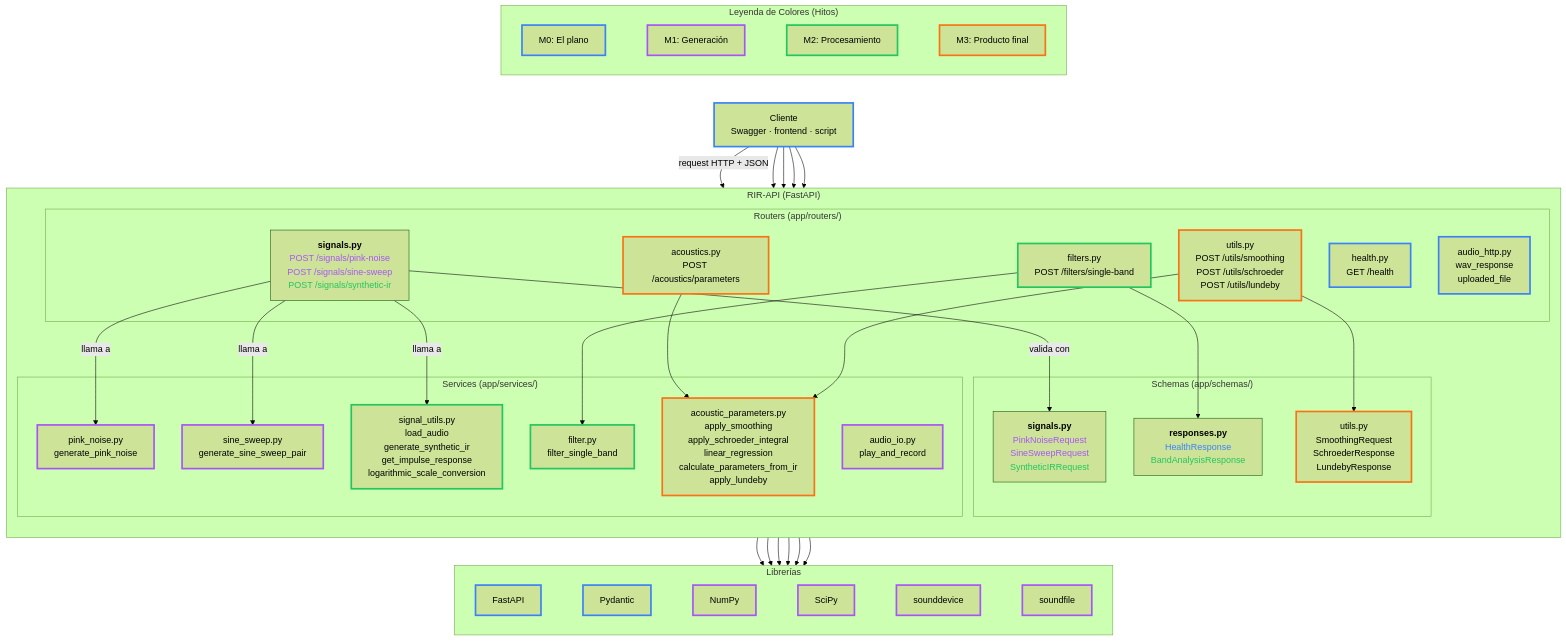
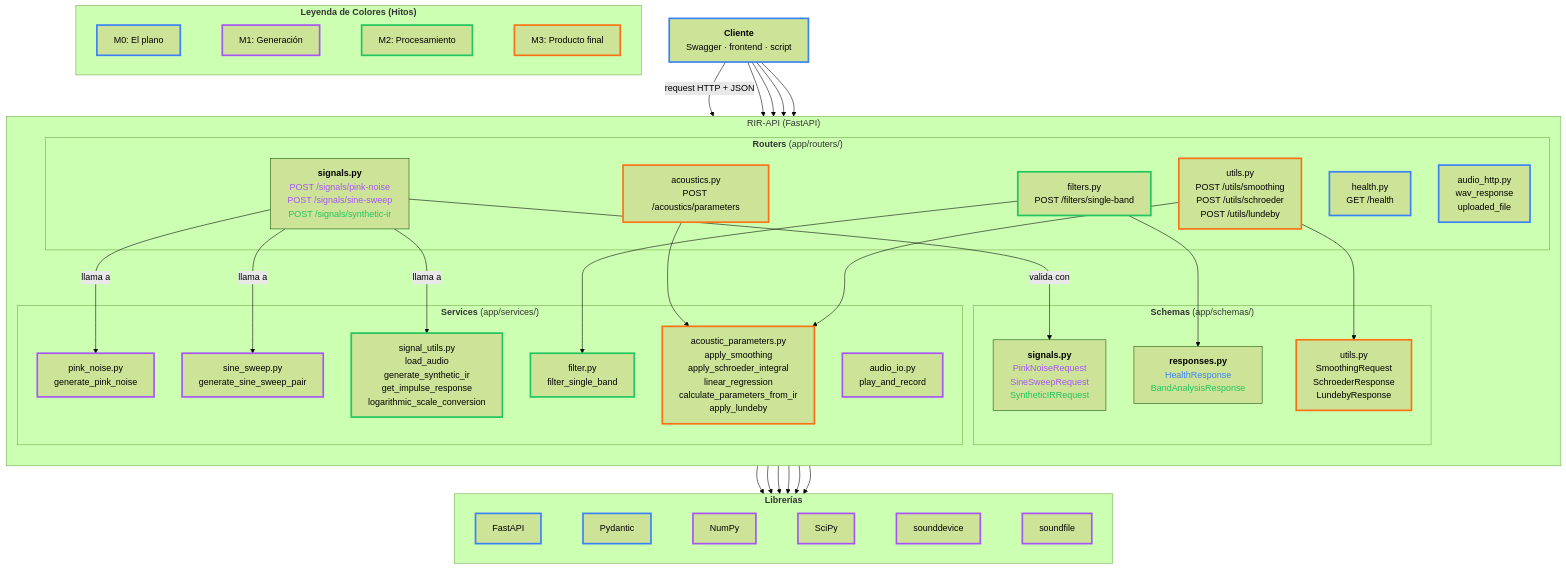
The diagram in README.md (kowa2003/SyS-Trabajo-Practico-API-GRUPO-2), drawn with Mermaid (forest theme) before and after one commit.

Commit message:
Diagrama Arquitectura final

````diff
--- a/README.md
+++ b/README.md
@@ -135,75 +135,75 @@
 ```mermaid
 flowchart TB
     %% Definición de colores principales
     classDef m0 stroke:#3b82f6,stroke-width:3px
     classDef m1 stroke:#a855f7,stroke-width:3px
     classDef m2 stroke:#22c55e,stroke-width:3px
     classDef m3 stroke:#f97316,stroke-width:3px
     
-    subgraph Leyenda["Leyenda de Colores (Hitos)"]
+    subgraph Leyenda["<b>Leyenda de Colores (Hitos)</b>"]
+        direction LR
         Leg0["M0: El plano"]:::m0 ~~~ Leg1["M1: Generación"]:::m1 ~~~ Leg2["M2: Procesamiento"]:::m2 ~~~ Leg3["M3: Producto final"]:::m3
     end
 
-    Leyenda ~~~ C
-
-    C["Cliente<br/>Swagger · frontend · script"]:::m0
+    C["<b>Cliente</b><br/>Swagger · frontend · script"]:::m0
     
     subgraph API["RIR-API (FastAPI)"]
         direction TB
         
-        subgraph R["Routers (app/routers/)"]
+        subgraph R["<b>Routers</b> (app/routers/)"]
             RH["health.py<br/>GET /health"]:::m0
             RAudio["audio_http.py<br/>wav_response<br/>uploaded_file"]:::m0
             RSignals["<b>signals.py</b><br/><span style='color:#a855f7'>POST /signals/pink-noise</span><br/><span style='color:#a855f7'>POST /signals/sine-sweep</span><br/><span style='color:#22c55e'>POST /signals/synthetic-ir</span>"]
             RFilters["filters.py<br/>POST /filters/single-band"]:::m2
             RUtils["utils.py<br/>POST /utils/smoothing<br/>POST /utils/schroeder<br/>POST /utils/lundeby"]:::m3
             RAcoustics["acoustics.py<br/>POST /acoustics/parameters"]:::m3
         end
         
-        subgraph SC["Schemas (app/schemas/)"]
+        subgraph SC["<b>Schemas</b> (app/schemas/)"]
             SResponses["<b>responses.py</b><br/><span style='color:#3b82f6'>HealthResponse</span><br/><span style='color:#22c55e'>BandAnalysisResponse</span>"]
             SSignals["<b>signals.py</b><br/><span style='color:#a855f7'>PinkNoiseRequest</span><br/><span style='color:#a855f7'>SineSweepRequest</span><br/><span style='color:#22c55e'>SyntheticIRRequest</span>"]
             SUtils["utils.py<br/>SmoothingRequest<br/>SchroederResponse<br/>LundebyResponse"]:::m3
         end
         
-        subgraph SV["Services (app/services/)"]
+        subgraph SV["<b>Services</b> (app/services/)"]
             PN["pink_noise.py<br/>generate_pink_noise"]:::m1
             SW["sine_sweep.py<br/>generate_sine_sweep_pair"]:::m1
             IO["audio_io.py<br/>play_and_record"]:::m1
             SU["signal_utils.py<br/>load_audio<br/>generate_synthetic_ir<br/>get_impulse_response<br/>logarithmic_scale_conversion"]:::m2
             SF["filter.py<br/>filter_single_band"]:::m2
             AP["acoustic_parameters.py<br/>apply_smoothing<br/>apply_schroeder_integral<br/>linear_regression<br/>calculate_parameters_from_ir<br/>apply_lundeby"]:::m3
         end
     end
     
-    subgraph L["Librerías"]
+    subgraph L["<b>Librerías</b>"]
+        direction LR
         L_FA["FastAPI"]:::m0 ~~~ L_PY["Pydantic"]:::m0 ~~~ L_NP["NumPy"]:::m1 ~~~ L_SP["SciPy"]:::m1 ~~~ L_SD["sounddevice"]:::m1 ~~~ L_SF["soundfile"]:::m1
     end
 
     %% Conexiones y flujo de datos
     C -->|"request HTTP + JSON"| RSignals
     C --> RFilters
     C --> RUtils
     C --> RAcoustics
     C --> RH
     
     RSignals -->|"valida con"| SSignals
     RFilters --> SResponses
     RUtils --> SUtils
     
     RSignals -->|"llama a"| PN
     RSignals -->|"llama a"| SW
     RSignals -->|"llama a"| SU
     
     RFilters --> SF
     RUtils --> AP
     RAcoustics --> AP
     
     %% Los servicios usan las librerías
     PN --> L
     SW --> L
     IO --> L
     SU --> L
     SF --> L
     AP --> L
 ```
````
